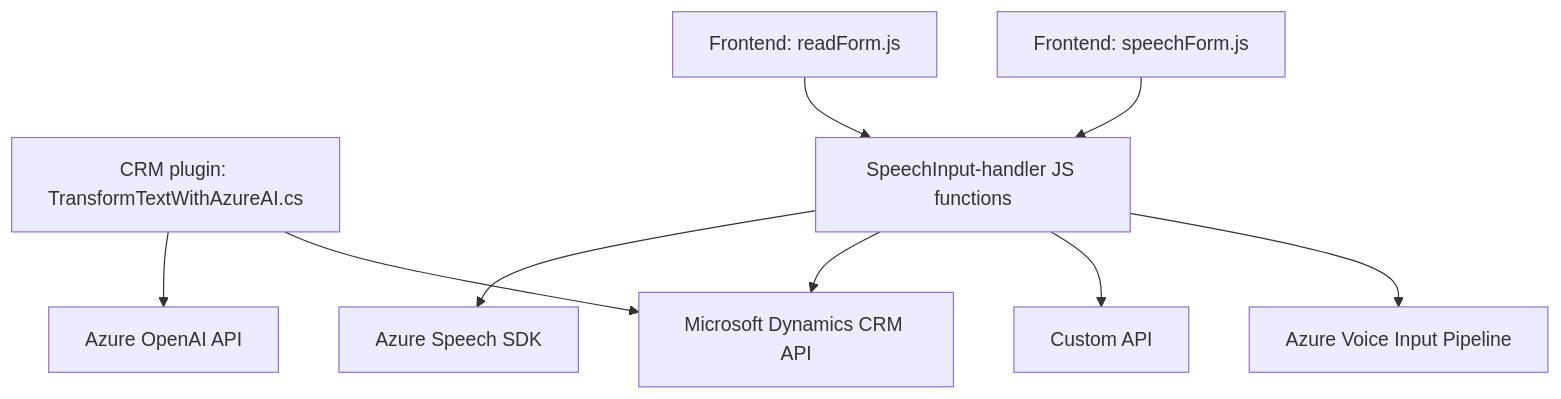
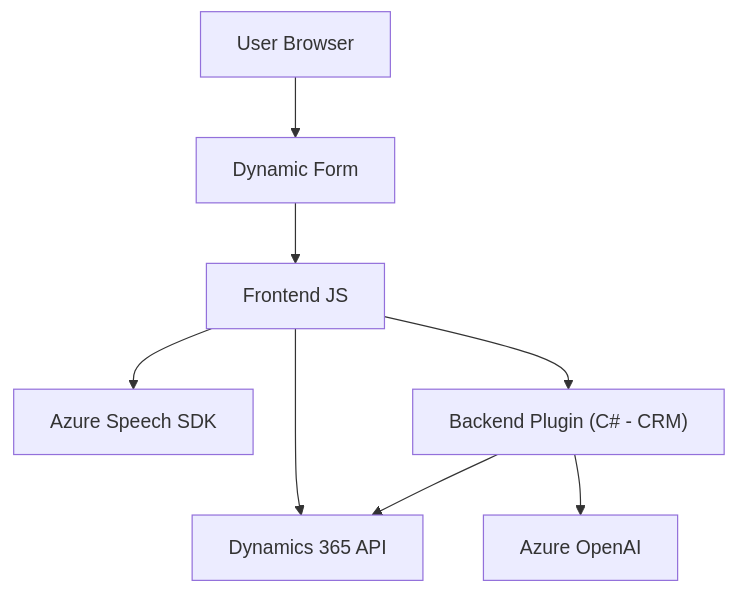
Before and after one commit to blopezdm/NETCORE_BILBAO2025: the diagram in README.md, drawn with Mermaid. The commit also changed other lines of this file, not shown here.

````diff
--- a/README.md
+++ b/README.md
@@ -22,21 +50,18 @@
 ```mermaid
 graph TD
-A["Frontend: readForm.js"]
-B["Frontend: speechForm.js"]
-C["Azure Speech SDK"]
-D["Azure OpenAI API"]
-E["CRM plugin: TransformTextWithAzureAI.cs"]
-F["Microsoft Dynamics CRM API"]
-G["SpeechInput-handler JS functions"]
-H["Custom API"]
-i["Azure Voice Input Pipeline"]
-
-A --> G
-B --> G
-G --> C
-G --> F
-G --> H
-E --> D
-E --> F
-G --> i
+    AzureSpeechSDK["Azure Speech SDK"]
+    AzureOpenAI["Azure OpenAI"]
+    Dynamics365API["Dynamics 365 API"]
+    Browser["User Browser"]
+    Form["Dynamic Form"]
+    Frontend["Frontend JS"]
+    Backend["Backend Plugin (C# - CRM)"]
+    
+    Browser --> Form
+    Form --> Frontend
+    Frontend --> AzureSpeechSDK
+    Frontend --> Dynamics365API
+    Frontend --> Backend
+    Backend --> Dynamics365API
+    Backend --> AzureOpenAI
 ```
````
